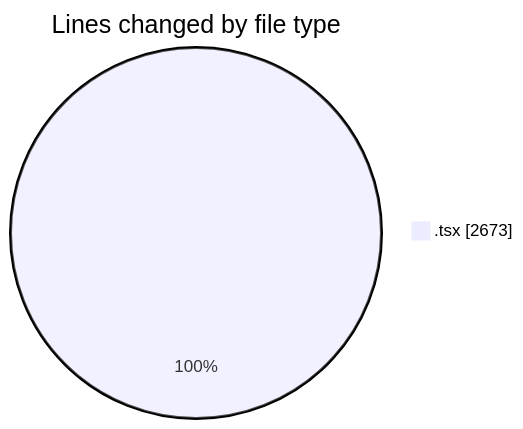
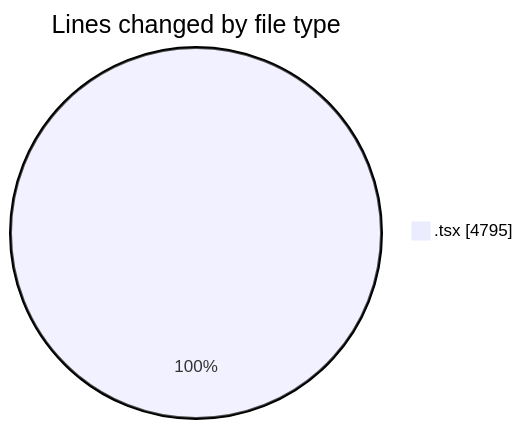
The first of 2 diagrams in 2026-06-17/nxtqube_webapp/README.md (nxtqubesakshisongat/code-tracking), drawn with Mermaid before and after one commit. The commit also changed other lines of this file and 1 other file, not shown here.

````diff
--- a/2026-06-17/nxtqube_webapp/README.md
+++ b/2026-06-17/nxtqube_webapp/README.md
@@ -26,5 +29,5 @@
 ```mermaid
 pie showData
 title Lines changed by file type
-".tsx" : 2673
+".tsx" : 4795
 ```
````
